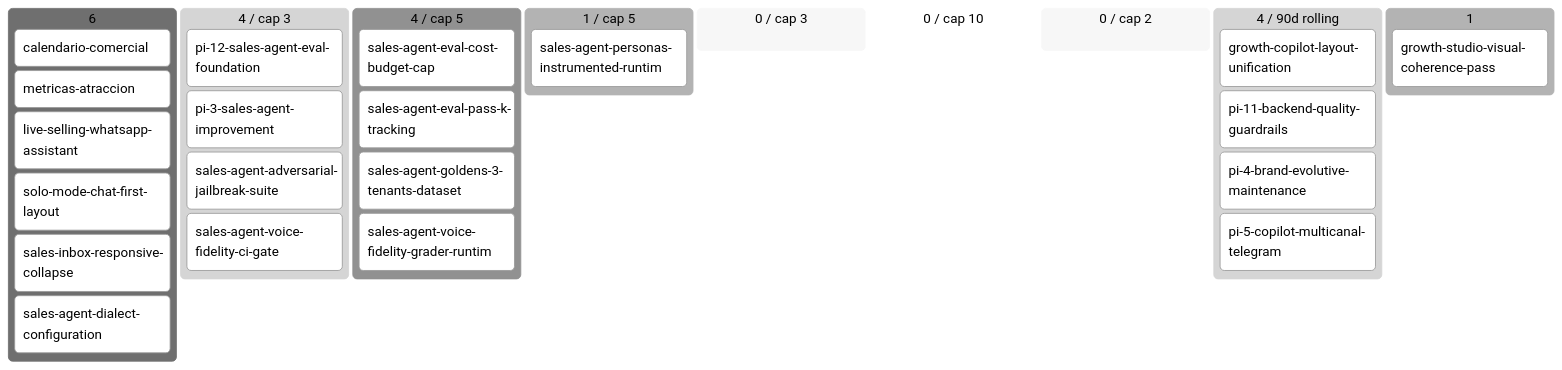
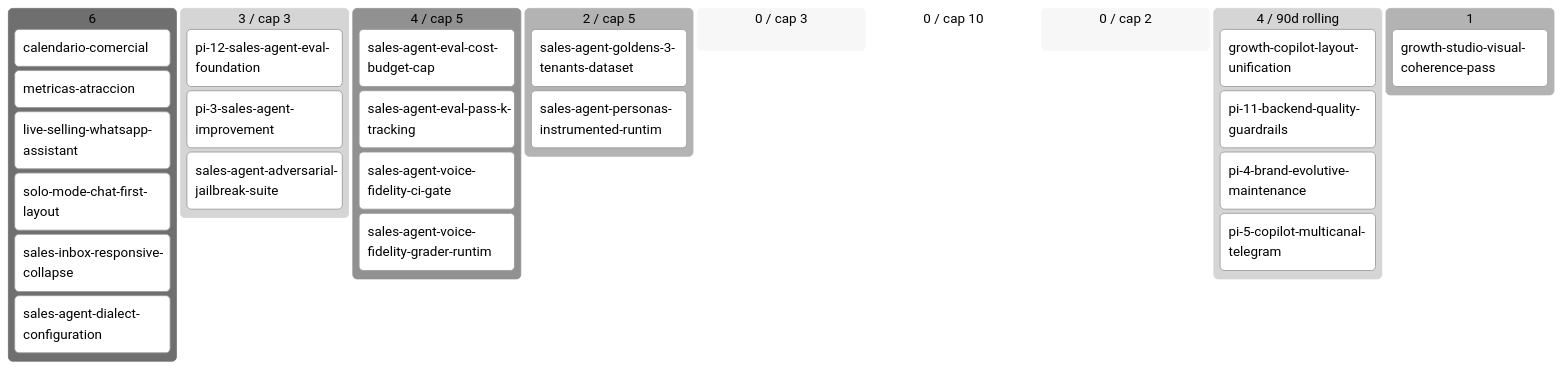
One commit to alpacapurpura/ap_sales_agent changed the diagram in docs/product/BACKLOG.md. Above: the diagram before and after it, drawn with Mermaid (neutral theme). The commit also changed other lines of this file and 6 other files, not shown here.

````diff
--- a/docs/product/BACKLOG.md
+++ b/docs/product/BACKLOG.md
@@ -56,32 +56,32 @@
 ```mermaid
 kanban
   💡 Ideas (6)
     calendario-comercial[calendario-comercial]
     metricas-atraccion[metricas-atraccion]
     live-selling-whatsapp-assistan[live-selling-whatsapp-assistant]
     solo-mode-chat-first-layout[solo-mode-chat-first-layout]
     sales-inbox-responsive-collaps[sales-inbox-responsive-collapse]
     sales-agent-dialect-configurat[sales-agent-dialect-configuration]
-  🔬 Refining (4 / cap 3)
+  🔬 Refining (3 / cap 3)
     pi-12-sales-agent-eval-foundat[pi-12-sales-agent-eval-foundation]
     pi-3-sales-agent-improvement[pi-3-sales-agent-improvement]
     sales-agent-adversarial-jailbr[sales-agent-adversarial-jailbreak-suite]
-    sales-agent-voice-fidelity-ci-[sales-agent-voice-fidelity-ci-gate]
   ✅ Refined (4 / cap 5)
     sales-agent-eval-cost-budget-c[sales-agent-eval-cost-budget-cap]
     sales-agent-eval-pass-k-tracki[sales-agent-eval-pass-k-tracking]
+    sales-agent-voice-fidelity-ci-[sales-agent-voice-fidelity-ci-gate]
+    sales-agent-voice-fidelity-gra[sales-agent-voice-fidelity-grader-runtim]
+  📦 Ready (2 / cap 5)
     sales-agent-goldens-3-tenants-[sales-agent-goldens-3-tenants-dataset]
-    sales-agent-voice-fidelity-gra[sales-agent-voice-fidelity-grader-runtim]
-  📦 Ready (1 / cap 5)
     sales-agent-personas-instrumen[sales-agent-personas-instrumented-runtim]
   🔨 Developing (0 / cap 3)
   🧪 Developed (0 / cap 10)
   🔍 Reviewing (0 / cap 2)
   ✅ Done (4 / 90d rolling)
     growth-copilot-layout-unificat[growth-copilot-layout-unification]
     pi-11-backend-quality-guardrai[pi-11-backend-quality-guardrails]
     pi-4-brand-evolutive-maintenan[pi-4-brand-evolutive-maintenance]
     pi-5-copilot-multicanal-telegr[pi-5-copilot-multicanal-telegram]
   🅿 Parked (1)
     growth-studio-visual-coherence[growth-studio-visual-coherence-pass]
 ```
````
